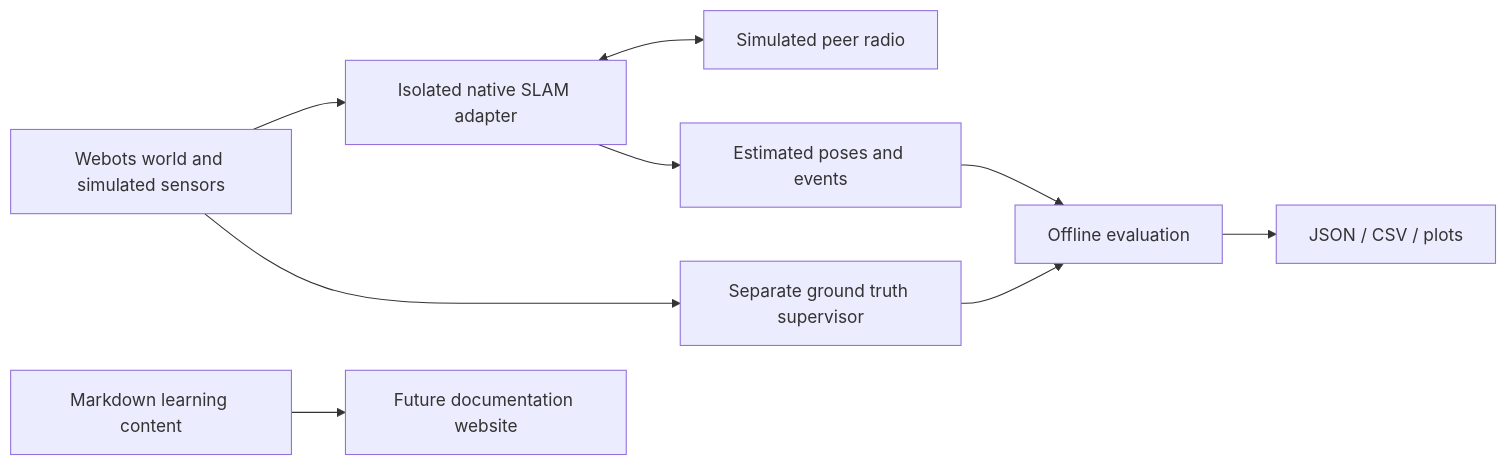
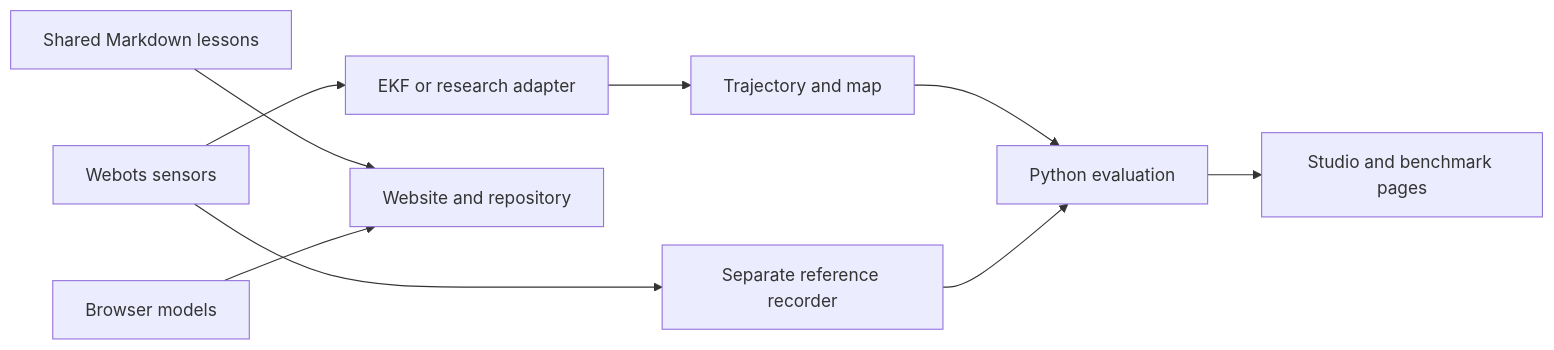
One commit to Kanishk-Rungta/SLAMLab changed the diagram in README.md. Above: the diagram before and after it, drawn with Mermaid. The commit also changed other lines of this file and 1 other file, not shown here.

Commit message:
docs: introduce SLAMLab learning paths and measured experiments

````diff
--- a/README.md
+++ b/README.md
@@ -44,11 +86,11 @@
 ```mermaid
 flowchart LR
-    W[Webots world and simulated sensors] --> A[Isolated native SLAM adapter]
-    A <--> R[Simulated peer radio]
-    A --> E[Estimated poses and events]
-    W --> G[Separate ground truth supervisor]
-    E --> V[Offline evaluation]
+    W[Webots sensors] --> E[EKF or research adapter]
+    E --> M[Trajectory and map]
+    W --> G[Separate reference recorder]
+    M --> V[Python evaluation]
     G --> V
-    V --> O[JSON / CSV / plots]
-    D[Markdown learning content] --> P[Future documentation website]
+    V --> S[Studio and benchmark pages]
+    D[Shared Markdown lessons] --> L[Website and repository]
+    P[Browser models] --> L
 ```
````
